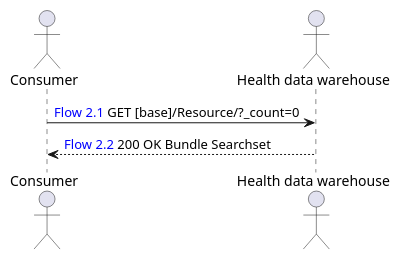
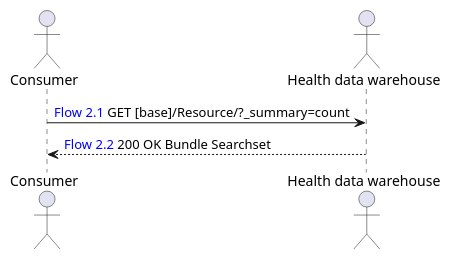
The diagram in input/images-source/feasibility_study_research_flow.plantuml (ONCOFAIR/FHIR-ImplementationGuide-Article), drawn with PlantUML before and after one commit. The commit also changed 1 other file, not shown here.

```diff
--- a/input/images-source/feasibility_study_research_flow.plantuml
+++ b/input/images-source/feasibility_study_research_flow.plantuml
@@ -1,8 +1,8 @@
 @startuml
 actor "Consumer" as C
 actor "Health data warehouse" as EDS 
 
-C -> EDS: <color:blue>Flow 2.1</color> GET [base]/Resource/?_count=0
+C -> EDS: <color:blue>Flow 2.1</color> GET [base]/Resource/?_summary=count
 EDS --> C: <color:blue>Flow 2.2</color> 200 OK Bundle Searchset
 
 @enduml
```
